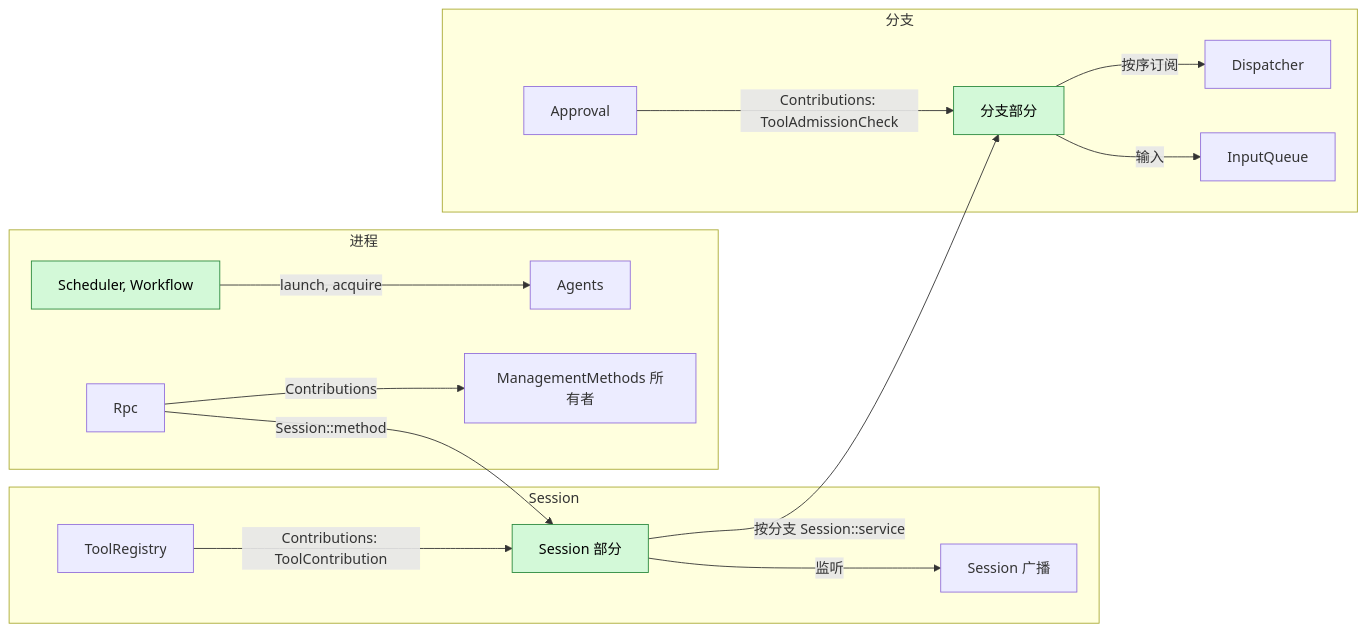
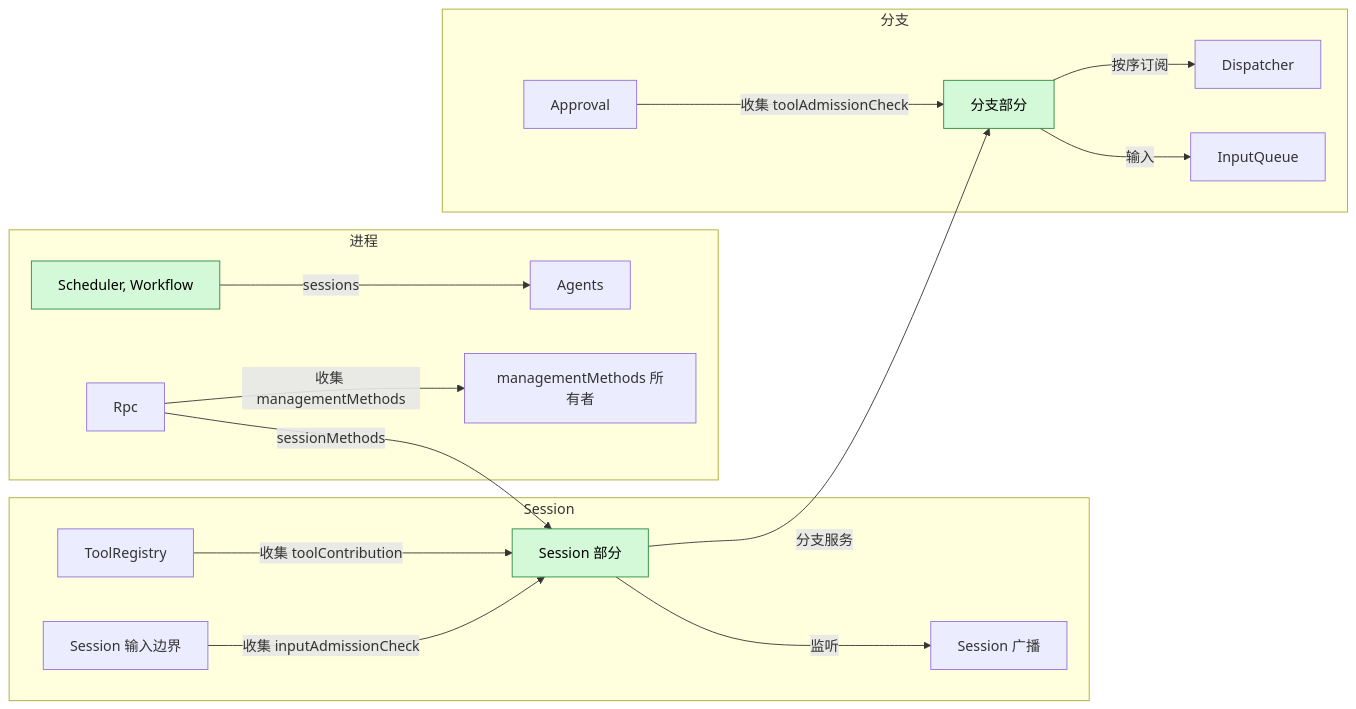
Before and after one commit to CoutinhoTTS/dim-agent: the second of 8 diagrams in docs/zh/design/overview.md, drawn with Mermaid. The commit also changed other lines of this file and 18 other files, not shown here.

Commit message:
docs(zh): update Chinese translations for scope, input admission and neutral contracts

````diff
--- a/docs/zh/design/overview.md
+++ b/docs/zh/design/overview.md
@@ -105,31 +106,33 @@
 ```mermaid
 flowchart LR
   classDef new fill:#d3f9d8,stroke:#2b8a3e,color:#000
 
   subgraph PROC["进程"]
     Rpc["Rpc"]
     Agents["Agents"]
     SchedP["Scheduler, Workflow"]:::new
-    MM["ManagementMethods 所有者"]
+    MM["managementMethods 所有者"]
   end
   subgraph SES["Session"]
     TR["ToolRegistry"]
     BC["Session 广播"]
+    IB["Session 输入边界"]
     SP["Session 部分"]:::new
   end
   subgraph BR["分支"]
     AP["Approval"]
     DP["Dispatcher"]
     IQ["InputQueue"]
     BP["分支部分"]:::new
   end
-  Rpc -->|"Contributions"| MM
-  Rpc -->|"Session::method"| SP
-  TR -->|"Contributions: ToolContribution"| SP
+  Rpc -->|"收集 managementMethods"| MM
+  Rpc -->|"sessionMethods"| SP
+  TR -->|"收集 toolContribution"| SP
+  IB -->|"收集 inputAdmissionCheck"| SP
   SP -->|"监听"| BC
-  AP -->|"Contributions: ToolAdmissionCheck"| BP
+  AP -->|"收集 toolAdmissionCheck"| BP
   BP -->|"按序订阅"| DP
   BP -->|"输入"| IQ
-  SchedP -->|"launch, acquire"| Agents
-  SP -->|"按分支 Session::service"| BP
+  SchedP -->|"sessions"| Agents
+  SP -->|"分支服务"| BP
 ```
````
